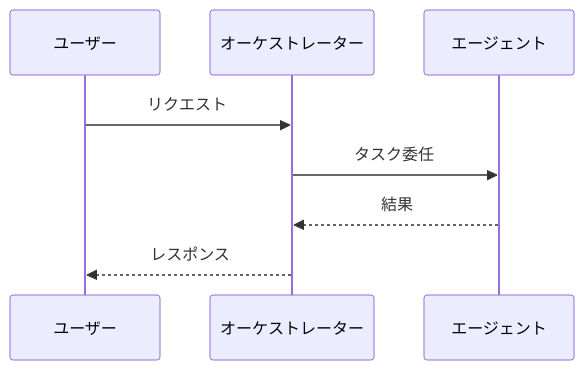
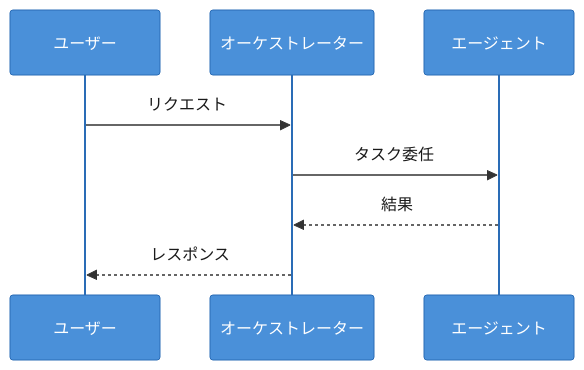
One commit to sogawa-yk/multi-agent-book changed the third of 4 diagrams in .claude/skills/figure-design/SKILL.md. Above: the diagram before and after it, drawn with Mermaid. The commit also changed other lines of this file and 5 other files, not shown here.

````diff
--- a/.claude/skills/figure-design/SKILL.md
+++ b/.claude/skills/figure-design/SKILL.md
@@ -25,10 +51,11 @@
 ```mermaid
+%%{init: {'theme': 'base', 'themeVariables': {'actorBkg': '#4A90D9', 'actorTextColor': '#FFFFFF', 'actorBorder': '#2A6CB6', 'activationBkgColor': '#E8F4FD', 'activationBorderColor': '#4A90D9', 'signalColor': '#333333', 'signalTextColor': '#1A1A1A', 'sequenceNumberColor': '#FFFFFF', 'background': 'transparent'}}}%%
 sequenceDiagram
     participant User as ユーザー
     participant Orch as オーケストレーター
     participant Agent as エージェント
     User->>Orch: リクエスト
     Orch->>Agent: タスク委任
     Agent-->>Orch: 結果
     Orch-->>User: レスポンス
 ```
````
